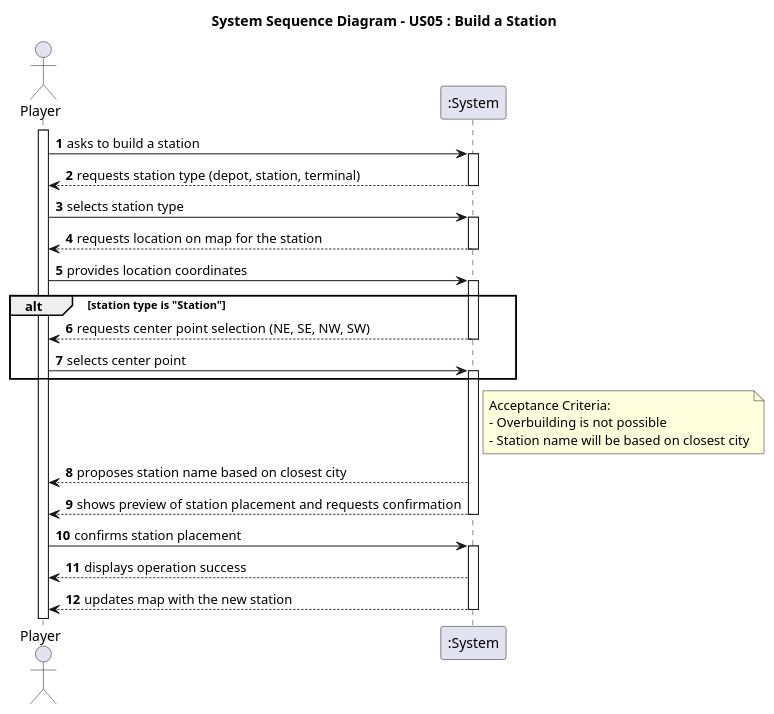
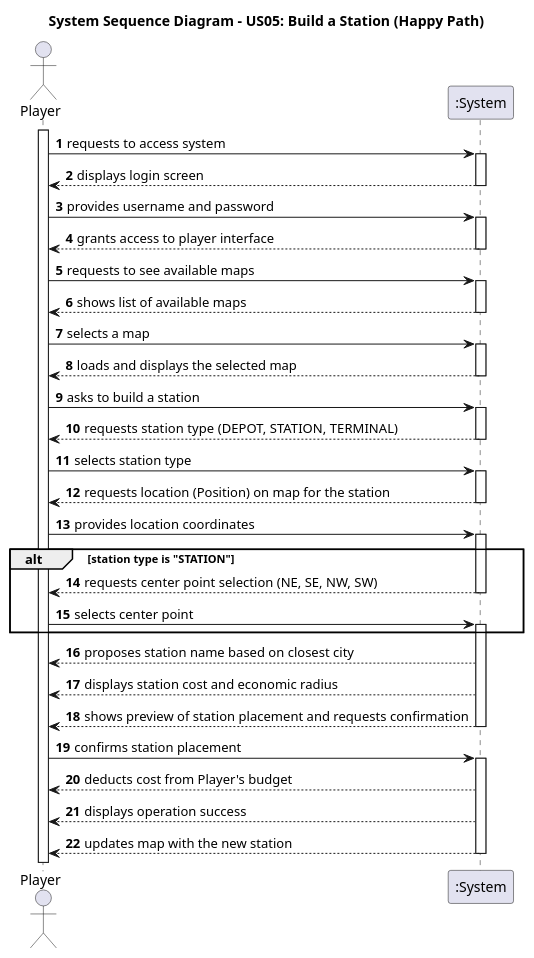
The diagram in docs/system-documentation/Sprint 2/US05/01.requirements-engineering/puml/US05-SSD.puml (HenriqueSilva18/Railway-Network-Simulator), drawn with PlantUML before and after one commit. The commit also changed 112 other files, not shown here.

```diff
--- a/docs/system-documentation/Sprint 2/US05/01.requirements-engineering/puml/US05-SSD.puml
+++ b/docs/system-documentation/Sprint 2/US05/01.requirements-engineering/puml/US05-SSD.puml
@@ -1,50 +1,72 @@
 @startuml
 autonumber
 
-title "System Sequence Diagram - US05 : Build a Station"
+title "System Sequence Diagram - US05: Build a Station (Happy Path)"
+
 
 actor "Player" as Player
 participant ":System" as System
 
 activate Player
+
+Player -> System: requests to access system
+activate System
+System --> Player: displays login screen
+deactivate System
+
+Player -> System: provides username and password
+activate System
+System --> Player: grants access to player interface
+deactivate System
+
+
+
+Player -> System: requests to see available maps
+
+activate System
+System --> Player: shows list of available maps
+deactivate System
+
+Player -> System: selects a map
+
+activate System
+System --> Player: loads and displays the selected map
+deactivate System
+
 Player -> System: asks to build a station
 
 activate System
-System --> Player: requests station type (depot, station, terminal)
+System --> Player: requests station type (DEPOT, STATION, TERMINAL)
 deactivate System
 
 Player -> System: selects station type
+
 activate System
-System --> Player: requests location on map for the station
+System --> Player: requests location (Position) on map for the station
 deactivate System
 
 Player -> System: provides location coordinates
 
 activate System
-alt station type is "Station"
+alt station type is "STATION"
     System --> Player: requests center point selection (NE, SE, NW, SW)
     deactivate System
 
     Player -> System: selects center point
     activate System
 end
 
-note right of System
-  Acceptance Criteria:
-  - Overbuilding is not possible
-  - Station name will be based on closest city
-end note
-
 System --> Player: proposes station name based on closest city
+System --> Player: displays station cost and economic radius
 System --> Player: shows preview of station placement and requests confirmation
 deactivate System
 
 Player -> System: confirms station placement
 
 activate System
+System --> Player: deducts cost from Player's budget
 System --> Player: displays operation success
 System --> Player: updates map with the new station
 deactivate System
 
-
 @enduml
```
